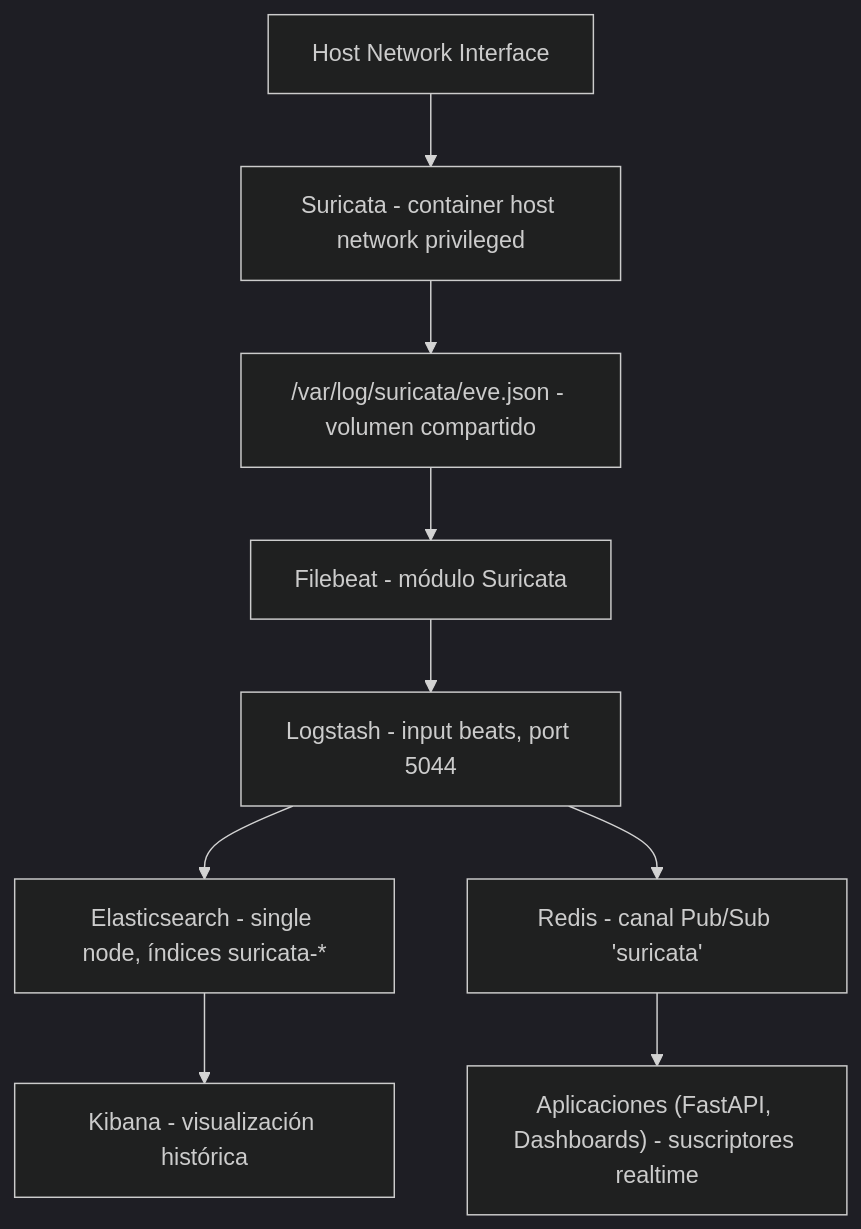
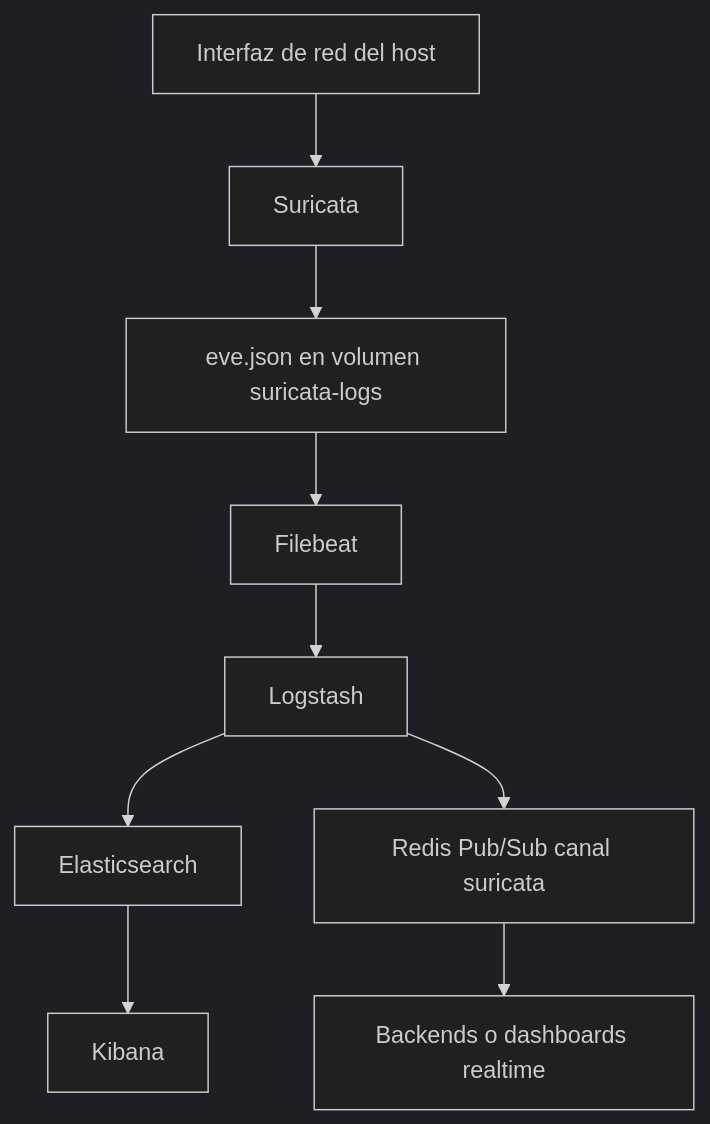
One commit to MauricioDMO/LPP0-P10-Sistema-Inteligente-de-Detecci-n-de-Intrusiones changed the diagram in Docs/01-Arquitectura/Arquitectura.md. Above: the diagram before and after it, drawn with Mermaid (dark theme). The commit also changed other lines of this file and 11 other files, not shown here.

````diff
--- a/Docs/01-Arquitectura/Arquitectura.md
+++ b/Docs/01-Arquitectura/Arquitectura.md
@@ -24,11 +31,11 @@
 ```mermaid
 flowchart TD
-    A["Host Network Interface"] --> B["Suricata - container host network privileged"]
-    B --> C["/var/log/suricata/eve.json - volumen compartido"]
-    C --> D["Filebeat - módulo Suricata"]
-    D --> E["Logstash - input beats, port 5044"]
-    E --> F["Elasticsearch - single node, índices suricata-*"]
-    E --> G["Redis - canal Pub/Sub 'suricata'"]
-    F --> H["Kibana - visualización histórica"]
-    G --> I["Aplicaciones (FastAPI, Dashboards) - suscriptores realtime"]
+    A[Interfaz de red del host] --> B[Suricata]
+    B --> C[eve.json en volumen suricata-logs]
+    C --> D[Filebeat]
+    D --> E[Logstash]
+    E --> F[Elasticsearch]
+    E --> G[Redis Pub/Sub canal suricata]
+    F --> H[Kibana]
+    G --> I[Backends o dashboards realtime]
 ```
````
